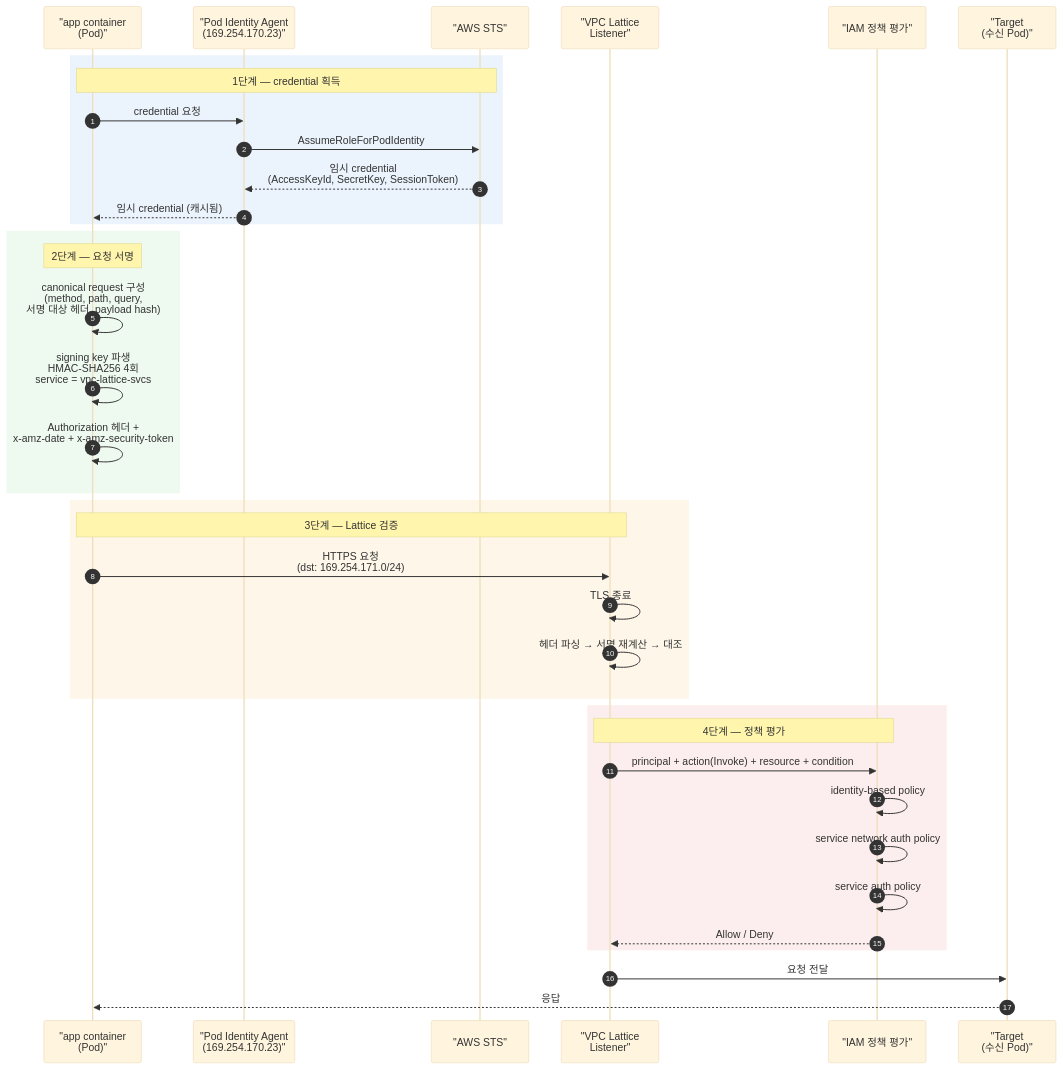
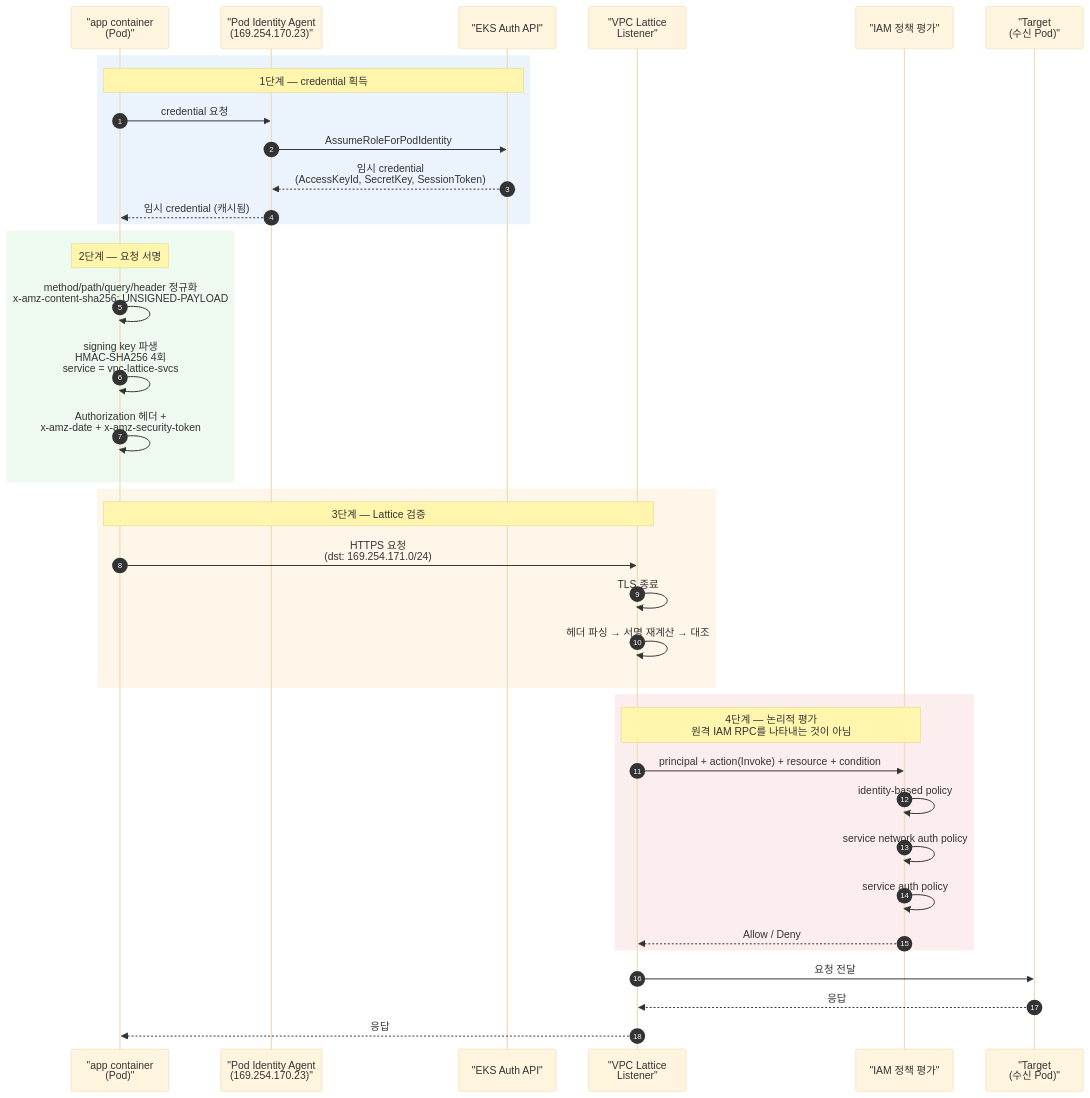
The first of 2 diagrams in ko/service-mesh/vpc-lattice/03-auth-flow.md (Atom-oh/kubernetes-docs), drawn with Mermaid (base theme) before and after one commit. The commit also changed other lines of this file and 62 other files, not shown here.

````diff
--- a/ko/service-mesh/vpc-lattice/03-auth-flow.md
+++ b/ko/service-mesh/vpc-lattice/03-auth-flow.md
@@ -24,44 +24,45 @@
 ```mermaid
 sequenceDiagram
     autonumber
     participant App as "app container<br/>(Pod)"
     participant Agent as "Pod Identity Agent<br/>(169.254.170.23)"
-    participant STS as "AWS STS"
+    participant STS as "EKS Auth API"
     participant Lat as "VPC Lattice<br/>Listener"
     participant IAM as "IAM 정책 평가"
     participant Tgt as "Target<br/>(수신 Pod)"
 
     rect rgb(235, 243, 252)
     Note over App,STS: 1단계 — credential 획득
     App->>Agent: credential 요청
     Agent->>STS: AssumeRoleForPodIdentity
     STS-->>Agent: 임시 credential<br/>(AccessKeyId, SecretKey, SessionToken)
     Agent-->>App: 임시 credential (캐시됨)
     end
 
     rect rgb(238, 249, 240)
     Note over App: 2단계 — 요청 서명
-    App->>App: canonical request 구성<br/>(method, path, query,<br/>서명 대상 헤더, payload hash)
+    App->>App: method/path/query/header 정규화<br/>x-amz-content-sha256: UNSIGNED-PAYLOAD
     App->>App: signing key 파생<br/>HMAC-SHA256 4회<br/>service = vpc-lattice-svcs
     App->>App: Authorization 헤더 +<br/>x-amz-date + x-amz-security-token
     end
 
     rect rgb(253, 246, 233)
     Note over App,Lat: 3단계 — Lattice 검증
     App->>Lat: HTTPS 요청<br/>(dst: 169.254.171.0/24)
     Lat->>Lat: TLS 종료
     Lat->>Lat: 헤더 파싱 → 서명 재계산 → 대조
     end
 
     rect rgb(252, 238, 238)
-    Note over Lat,IAM: 4단계 — 정책 평가
+    Note over Lat,IAM: 4단계 — 논리적 평가<br/>원격 IAM RPC를 나타내는 것이 아님
     Lat->>IAM: principal + action(Invoke) + resource + condition
     IAM->>IAM: identity-based policy
     IAM->>IAM: service network auth policy
     IAM->>IAM: service auth policy
     IAM-->>Lat: Allow / Deny
     end
 
     Lat->>Tgt: 요청 전달
-    Tgt-->>App: 응답
+    Tgt-->>Lat: 응답
+    Lat-->>App: 응답
 ```
````
